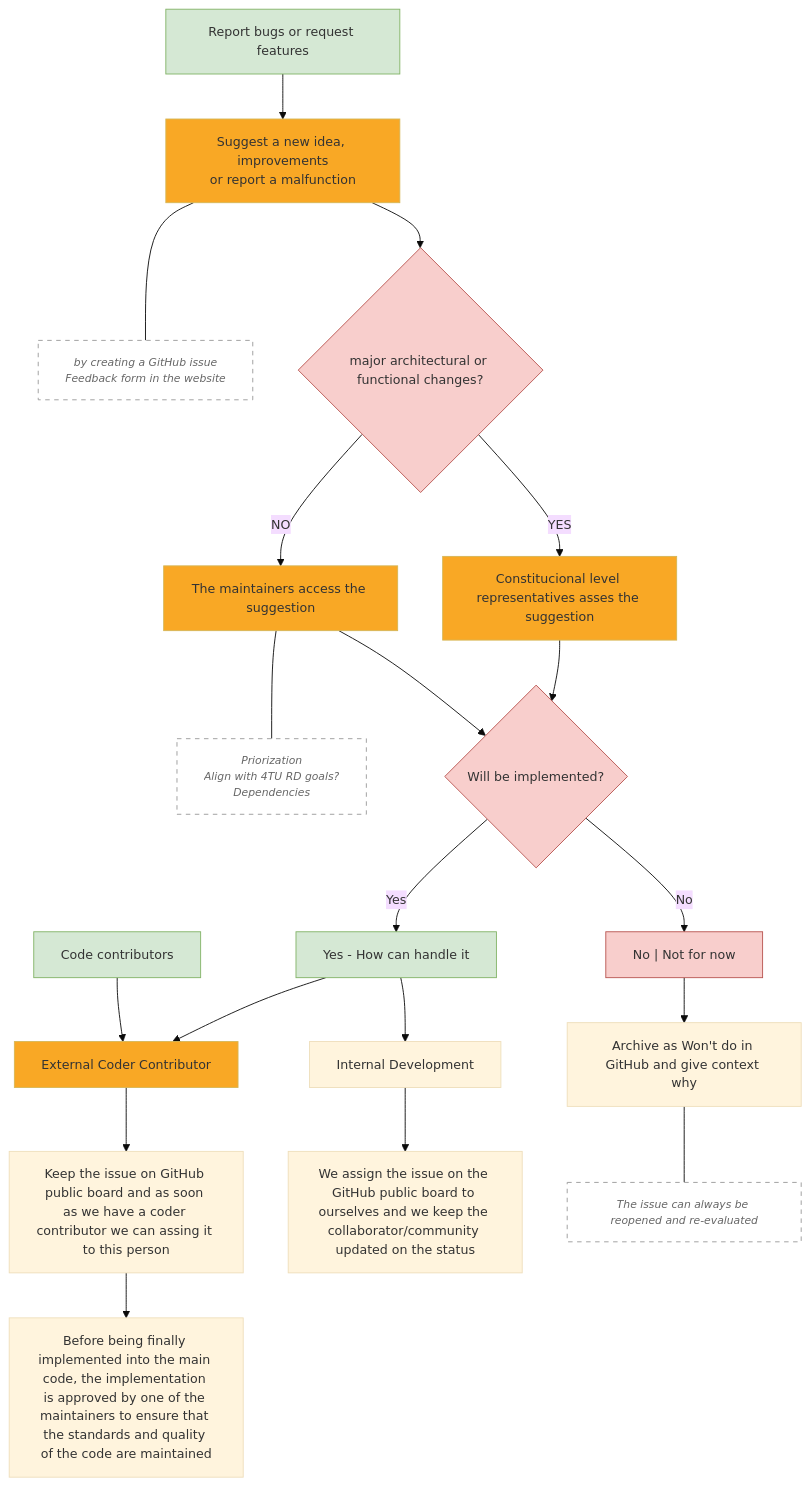
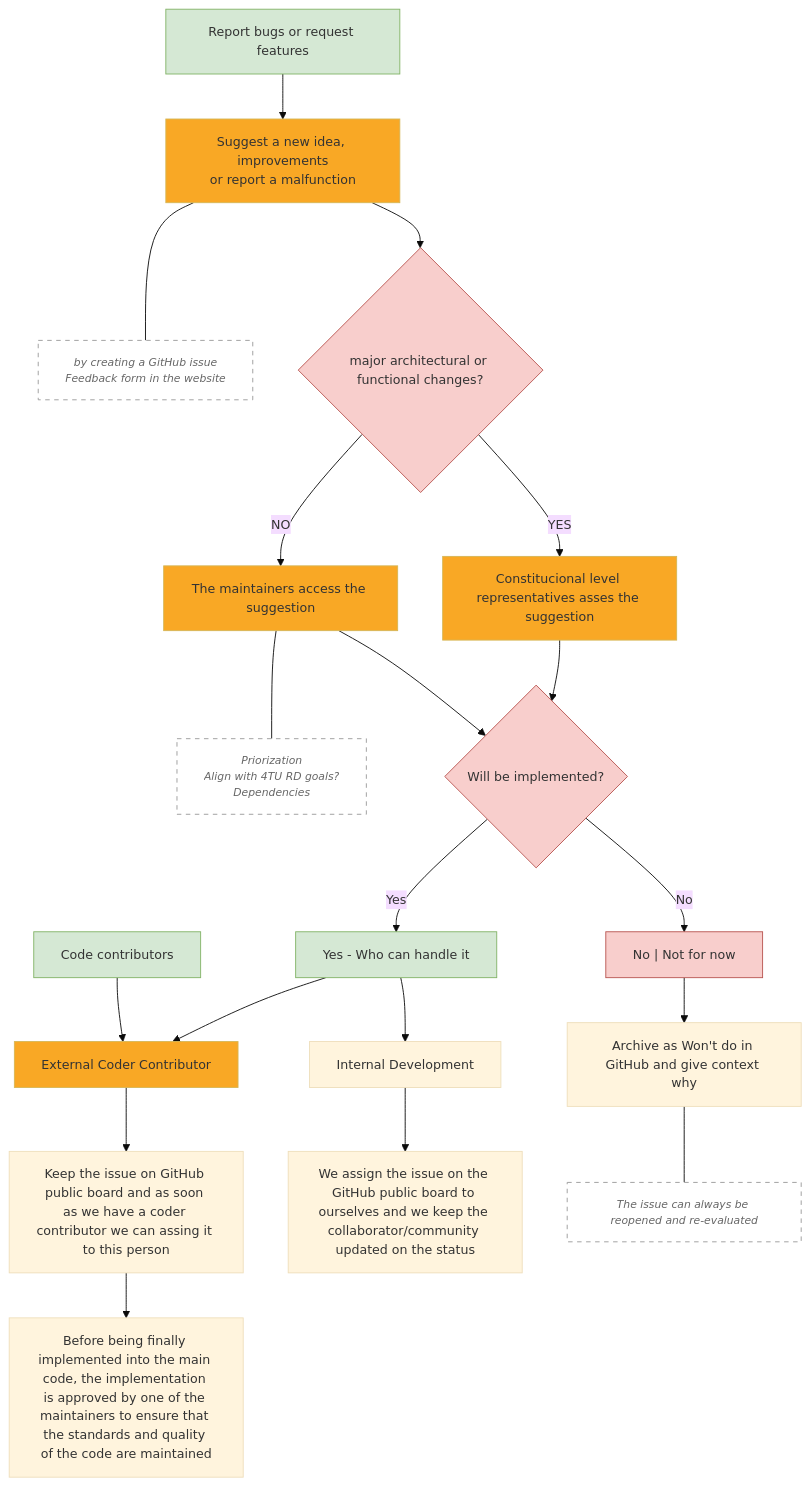
Before and after one commit to 4TUResearchData/djehuty: the diagram in GOVERNANCE.md, drawn with Mermaid.

Commit message:
fixup! docs: update GOVERNANCE.md Diagram as a code

````diff
--- a/GOVERNANCE.md
+++ b/GOVERNANCE.md
@@ -55,61 +55,61 @@
 ```mermaid
 %%{init: {'theme': 'base', 'themeVariables': {'fontSize': '14px'}}}%%
 flowchart TB
     %% ── Community Level (green) ──
     REQUESTS["Report bugs or request features"]:::green
     INPUTS["Suggest a new idea, improvements\nor report a malfunction"]:::orange
     INPUTS_note["<i>by creating a GitHub issue\n Feedback form in the website</i>"]:::note
 
     REQUESTS --> INPUTS
     INPUTS --- INPUTS_note
 
     CHANGES{"major architectural or functional changes?"}:::constitutional
     MAINTAINERS["The maintainers access the suggestion"]:::orange
     MAINTAINERS_note["<i>Priorization\nAlign with 4TU RD goals?\nDependencies</i>"]:::note
     CONSTITUCIONAL_LEVEL["Constitucional level representatives asses the suggestion"]:::orange
 
     INPUTS --> CHANGES
     MAINTAINERS --- MAINTAINERS_note
     CHANGES -- YES --> CONSTITUCIONAL_LEVEL
     CHANGES -- NO --> MAINTAINERS
 
     IMPLEMENTATION_QUESTION{"Will be implemented?"}:::constitutional
 
     CONSTITUCIONAL_LEVEL --> IMPLEMENTATION_QUESTION
     MAINTAINERS --> IMPLEMENTATION_QUESTION
 
     NO_ARCHITECTURAL["No | Not for now"]:::constitutional
-    YES_ARCHITECTURAL["Yes - How can handle it"]:::green
+    YES_ARCHITECTURAL["Yes - Who can handle it"]:::green
 
     IMPLEMENTATION_QUESTION -- Yes --> YES_ARCHITECTURAL
     IMPLEMENTATION_QUESTION -- No --> NO_ARCHITECTURAL
 
     CODE_CONTRIBUTOR["Code contributors"]:::green
     EXTERNAL_CODER["External Coder Contributor"]:::orange
 
     YES_ARCHITECTURAL --> EXTERNAL_CODER
     YES_ARCHITECTURAL --> INTERNAL_CODER
      CODE_CONTRIBUTOR --> EXTERNAL_CODER
 
     ISSUE_PUBLIC["Keep the issue on GitHub public board and as soon as we have a coder contributor we can assing it to this person"]
     ISSUE_ASSIGN_PUBLIC["Before being finally implemented into the main code, the implementation is approved by one of the maintainers to ensure that the standards and quality of the code are maintained"]
 
     EXTERNAL_CODER --> ISSUE_PUBLIC
     ISSUE_PUBLIC --> ISSUE_ASSIGN_PUBLIC
 
     INTERNAL_CODER["Internal Development"]
     ISSUE_INTERNAL["We assign the issue on the GitHub public board to ourselves and we keep the collaborator/community updated on the status"]
     WONT_DO["Archive as Won't do in GitHub and give context why"]
     WONT_DO_note["<i>The issue can always be reopened and re-evaluated</i>"]:::note
 
     WONT_DO --- WONT_DO_note
 
     INTERNAL_CODER --> ISSUE_INTERNAL
     NO_ARCHITECTURAL --> WONT_DO
     %% ── Styles ──
     classDef green fill:#d5e8d4,stroke:#82b366,color:#333
     classDef orange fill:#F9A825,stroke:#d6b656,color:#333
     classDef constitutional fill:#f8cecc,stroke:#b85450,color:#333
     classDef note fill:#fff,stroke:#999,stroke-dasharray:5 5,color:#666,font-size:12px
 
 ```
````
